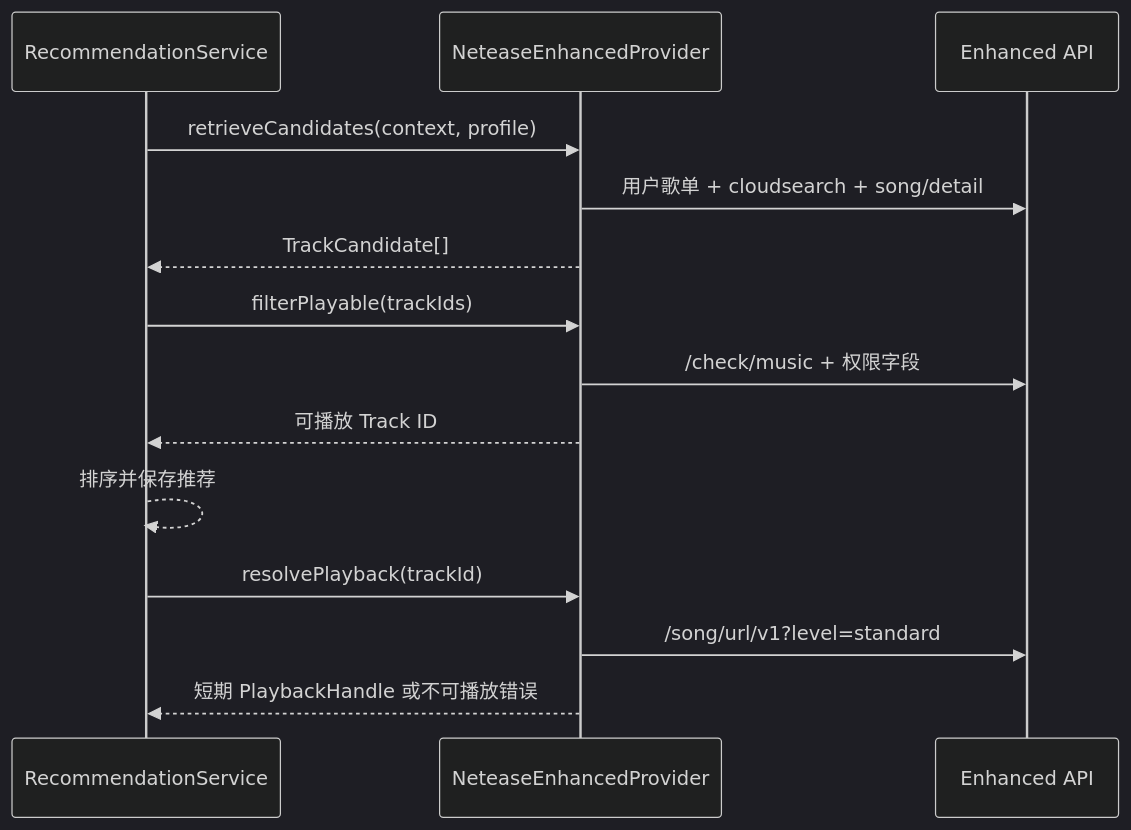
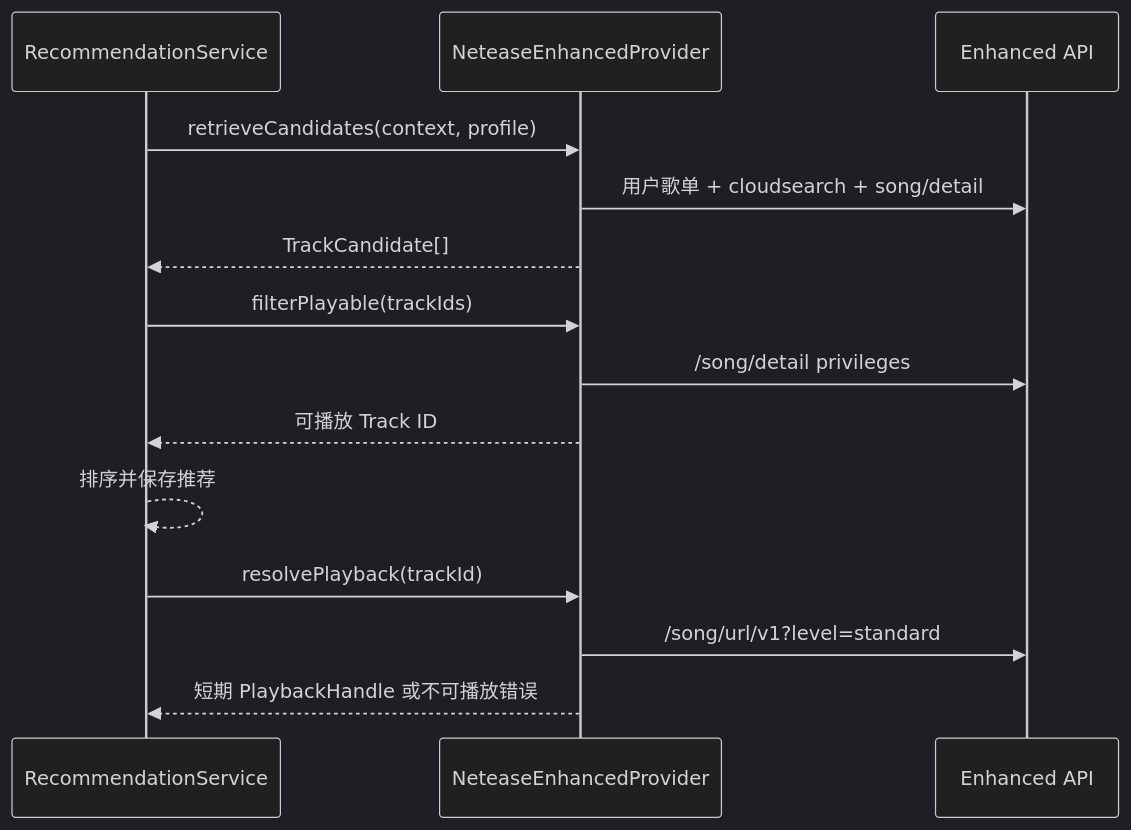
One commit to shirley-Rir/shiyinji changed the third of 3 diagrams in docs/integrations/netease-cloud-api.md. Above: the diagram before and after it, drawn with Mermaid (dark theme). The commit also changed other lines of this file and 21 other files, not shown here.

````diff
--- a/docs/integrations/netease-cloud-api.md
+++ b/docs/integrations/netease-cloud-api.md
@@ -71,16 +71,16 @@
 ```mermaid
 sequenceDiagram
     participant R as RecommendationService
     participant P as NeteaseEnhancedProvider
     participant NCM as Enhanced API
     R->>P: retrieveCandidates(context, profile)
     P->>NCM: 用户歌单 + cloudsearch + song/detail
     P-->>R: TrackCandidate[]
     R->>P: filterPlayable(trackIds)
-    P->>NCM: /check/music + 权限字段
+    P->>NCM: /song/detail privileges
     P-->>R: 可播放 Track ID
     R-->>R: 排序并保存推荐
     R->>P: resolvePlayback(trackId)
     P->>NCM: /song/url/v1?level=standard
     P-->>R: 短期 PlaybackHandle 或不可播放错误
 ```
````
